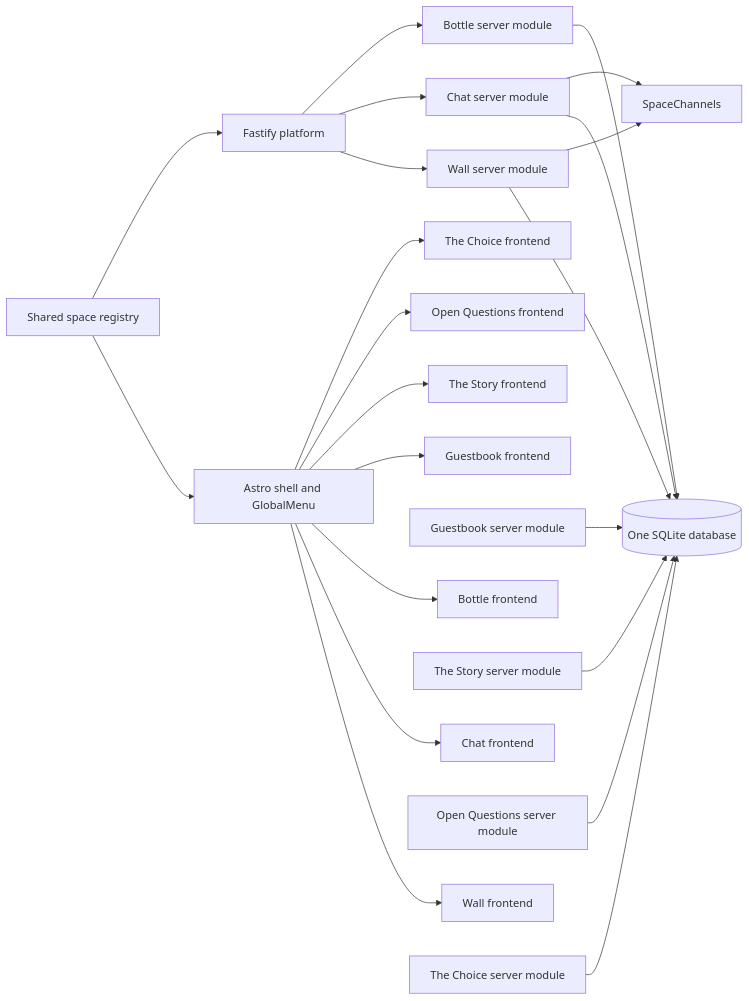
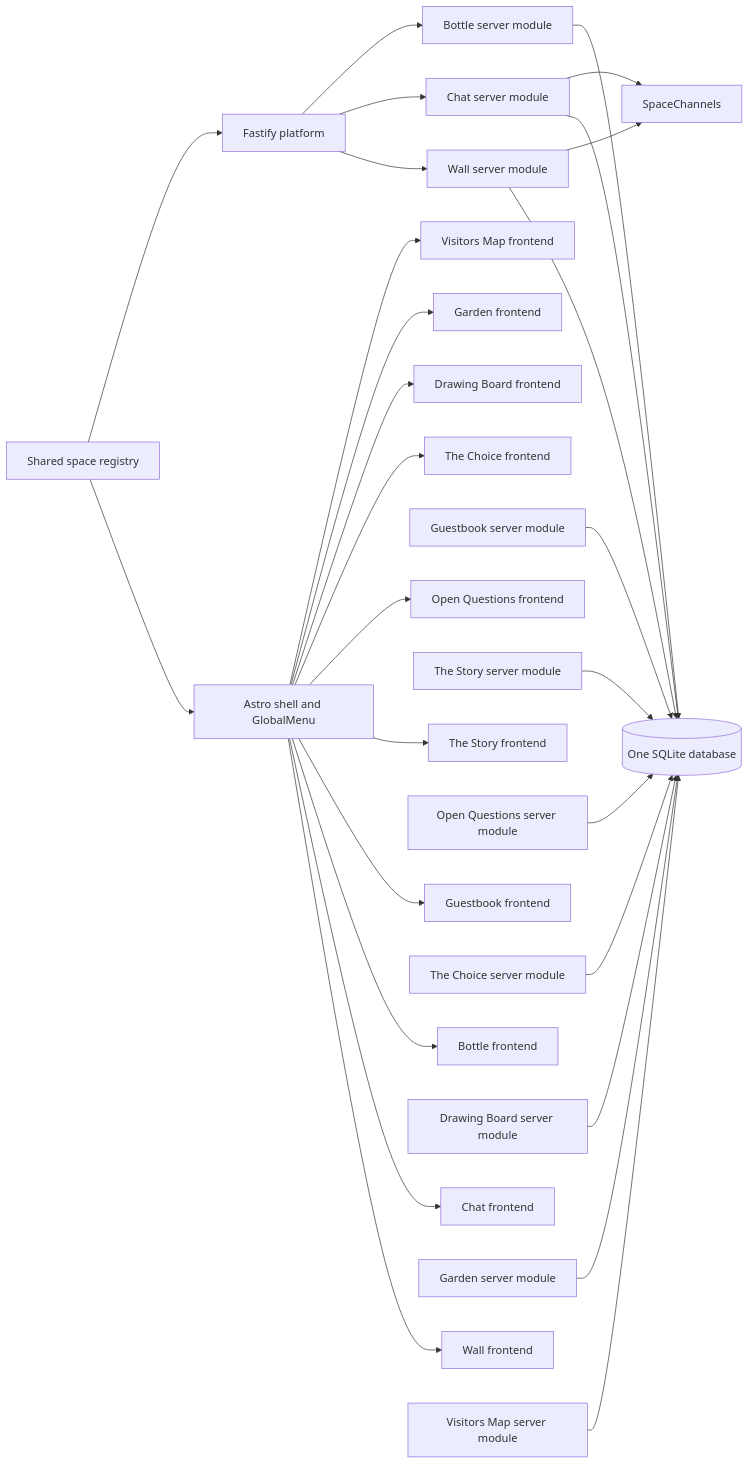
One commit to armsteeldev/the-open-web changed the diagram in docs/ARCHITECTURE.md. Above: the diagram before and after it, drawn with Mermaid. The commit also changed other lines of this file and 68 other files, not shown here.

````diff
--- a/docs/ARCHITECTURE.md
+++ b/docs/ARCHITECTURE.md
@@ -5,43 +5,55 @@
 ```mermaid
 flowchart LR
   Registry[Shared space registry]
   Shell[Astro shell and GlobalMenu]
   Core[Fastify platform]
   DB[(One SQLite database)]
   Realtime[SpaceChannels]
   WallUI[Wall frontend]
   WallAPI[Wall server module]
   ChatUI[Chat frontend]
   ChatAPI[Chat server module]
   BottleUI[Bottle frontend]
   BottleAPI[Bottle server module]
   GuestbookUI[Guestbook frontend]
   GuestbookAPI[Guestbook server module]
   StoryUI[The Story frontend]
   StoryAPI[The Story server module]
   QuestionsUI[Open Questions frontend]
   QuestionsAPI[Open Questions server module]
   ChoiceUI[The Choice frontend]
   ChoiceAPI[The Choice server module]
+  DrawUI[Drawing Board frontend]
+  DrawAPI[Drawing Board server module]
+  GardenUI[Garden frontend]
+  GardenAPI[Garden server module]
+  MapUI[Visitors Map frontend]
+  MapAPI[Visitors Map server module]
   Registry --> Shell
   Registry --> Core
   Shell --> WallUI
   Shell --> ChatUI
   Shell --> BottleUI
   Shell --> GuestbookUI
   Shell --> StoryUI
   Shell --> QuestionsUI
   Shell --> ChoiceUI
+  Shell --> DrawUI
+  Shell --> GardenUI
+  Shell --> MapUI
   Core --> WallAPI
   Core --> ChatAPI
   Core --> BottleAPI
   WallAPI --> DB
   WallAPI --> Realtime
   ChatAPI --> DB
   ChatAPI --> Realtime
   BottleAPI --> DB
   GuestbookAPI --> DB
   StoryAPI --> DB
   QuestionsAPI --> DB
   ChoiceAPI --> DB
+  DrawAPI --> DB
+  GardenAPI --> DB
+  MapAPI --> DB
 ```
````
